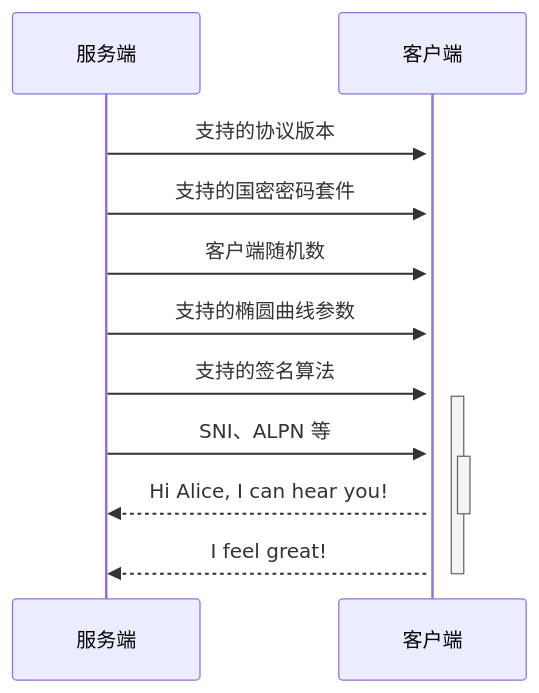
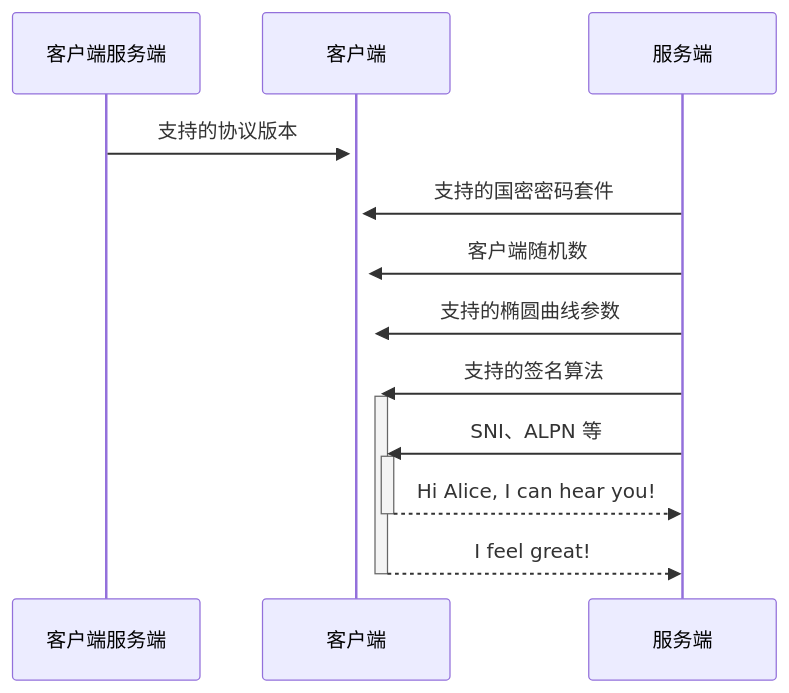
One commit to HY-10-8/iodraw-files changed the diagram in all/未命名-1.md. Above: the diagram before and after it, drawn with Mermaid.

Commit message:
2026-03-24 09:59:44 update

````diff
--- a/all/未命名-1.md
+++ b/all/未命名-1.md
@@ -1,13 +1,13 @@
 ```mermaid
 sequenceDiagram
-    服务端->>+客户端: 支持的协议版本
+    客户端服务端->>+客户端: 支持的协议版本
     服务端->>+客户端: 支持的国密密码套件
     服务端->>+客户端: 客户端随机数
     服务端->>+客户端: 支持的椭圆曲线参数
     服务端->>+客户端: 支持的签名算法
     服务端->>+客户端: SNI、ALPN 等
-    
+
     客户端-->>-服务端: Hi Alice, I can hear you!
     客户端-->>-服务端: I feel great!
             
 ```
````
